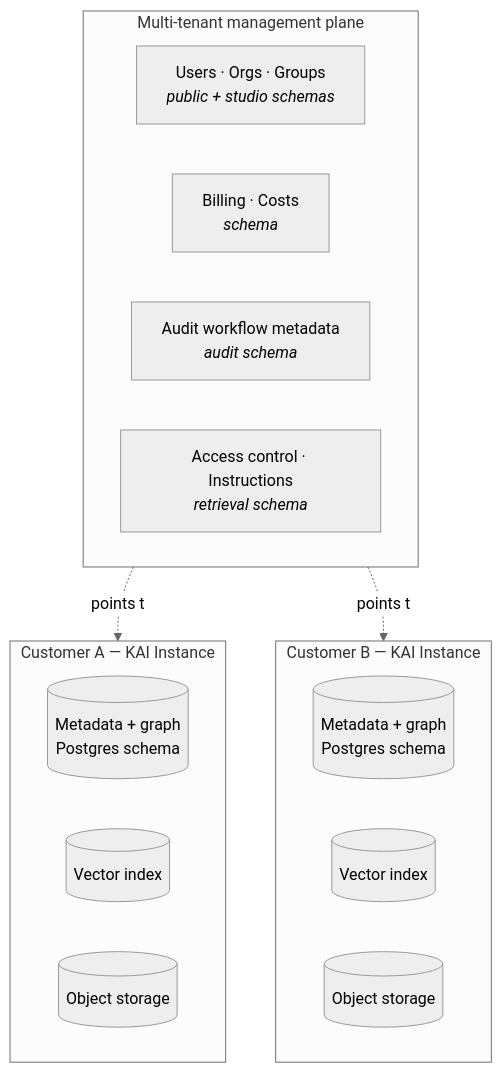
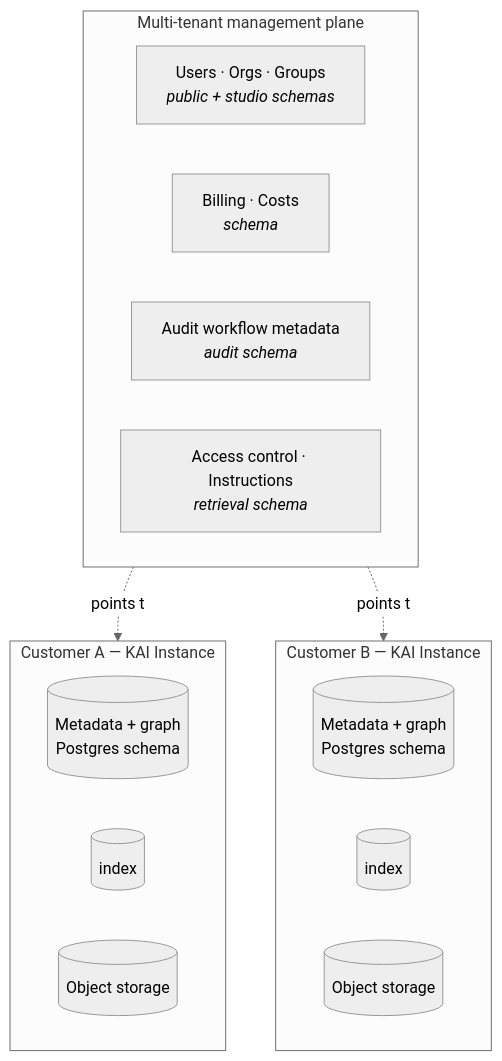
Before and after one commit to nchevalet-KAI/KAI-documentation: the fourth of 4 diagrams in discover-kai/architecture.md, drawn with Mermaid (neutral theme). The commit also changed other lines of this file, not shown here.

````diff
--- a/discover-kai/architecture.md
+++ b/discover-kai/architecture.md
@@ -159,24 +159,24 @@
 ```mermaid
 flowchart TB
     subgraph multi["Multi-tenant management plane"]
         users["Users · Orgs · Groups<br/><i>public + studio schemas</i>"]
         billing["Billing · Costs<br/><i>schema</i>"]
         audit_meta["Audit workflow metadata<br/><i>audit schema</i>"]
         retrieval_cfg["Access control · Instructions<br/><i>retrieval schema</i>"]
     end
 
     subgraph A["Customer A — KAI Instance"]
         dbA[("Metadata + graph<br/>Postgres schema")]
-        vecA[(Vector index)]
+        vecA[(index)]
         blobA[(Object storage)]
     end
 
     subgraph B["Customer B — KAI Instance"]
         dbB[("Metadata + graph<br/>Postgres schema")]
-        vecB[(Vector index)]
+        vecB[(index)]
         blobB[(Object storage)]
     end
 
     multi -.points to.-> A
     multi -.points to.-> B
 ```
````
